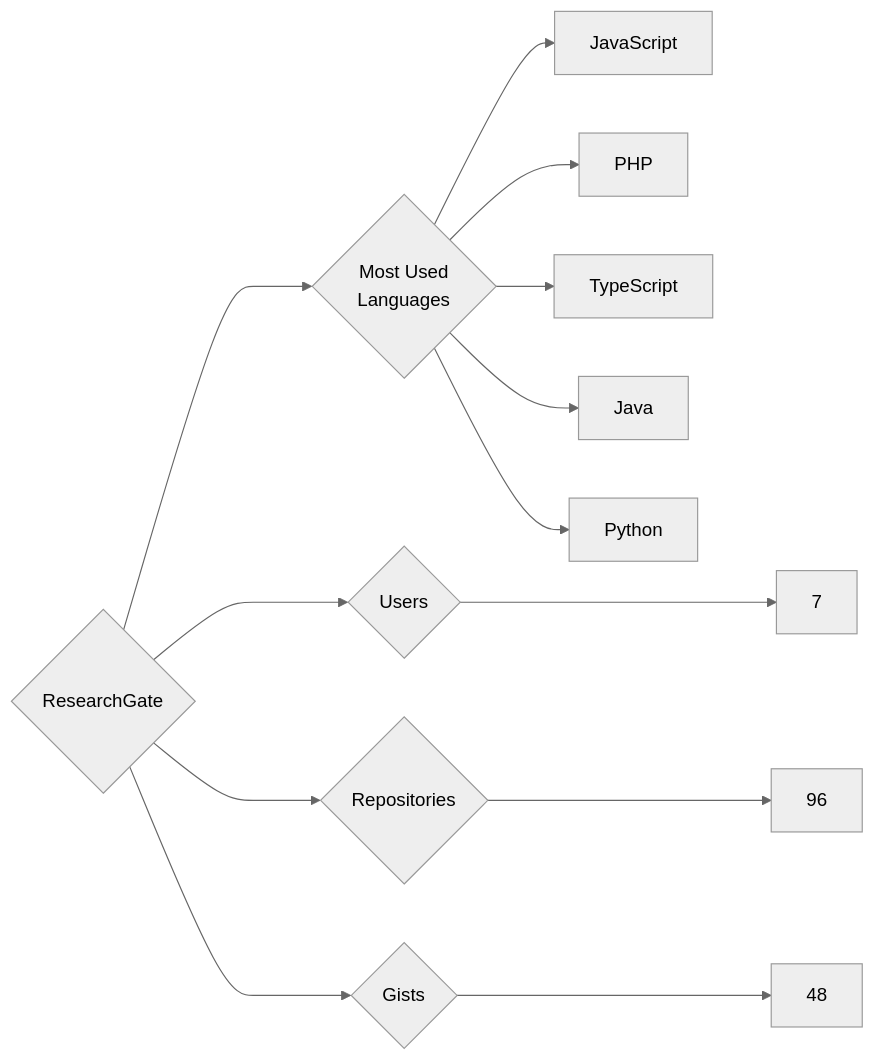
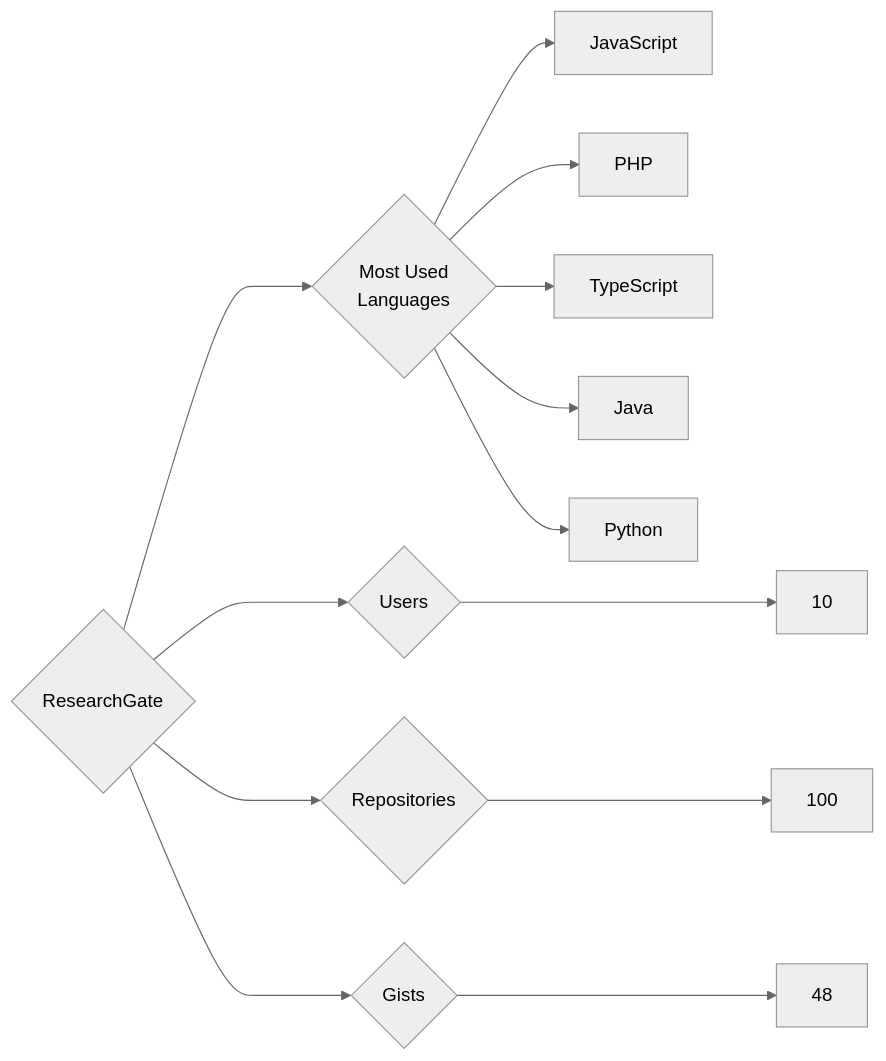
One commit to trickest/insiders changed the diagram in targets/ResearchGate/README.md. Above: the diagram before and after it, drawn with Mermaid (neutral theme). The commit also changed 1011 other files, not shown here.

````diff
--- a/targets/ResearchGate/README.md
+++ b/targets/ResearchGate/README.md
@@ -3,13 +3,13 @@
 ```mermaid
 graph LR
 COMPANY_NAME{ResearchGate}
-COMPANY_NAME ---> U{Users} ---> UN[7]
-COMPANY_NAME ---> R{Repositories} ---> RN[96]
+COMPANY_NAME ---> U{Users} ---> UN[10]
+COMPANY_NAME ---> R{Repositories} ---> RN[100]
 COMPANY_NAME ---> G{Gists} ---> GN[48]
 COMPANY_NAME ---> ML{Most Used<br>Languages}
 ML --> JavaScript[JavaScript]
 ML --> PHP[PHP]
 ML --> TypeScript[TypeScript]
 ML --> Java[Java]
 ML --> Python[Python]
 ```
````
